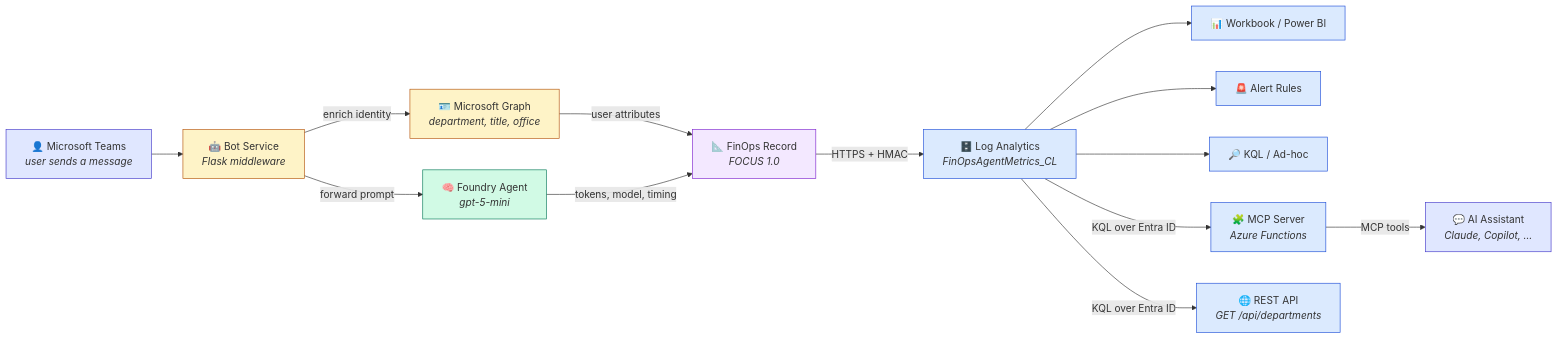
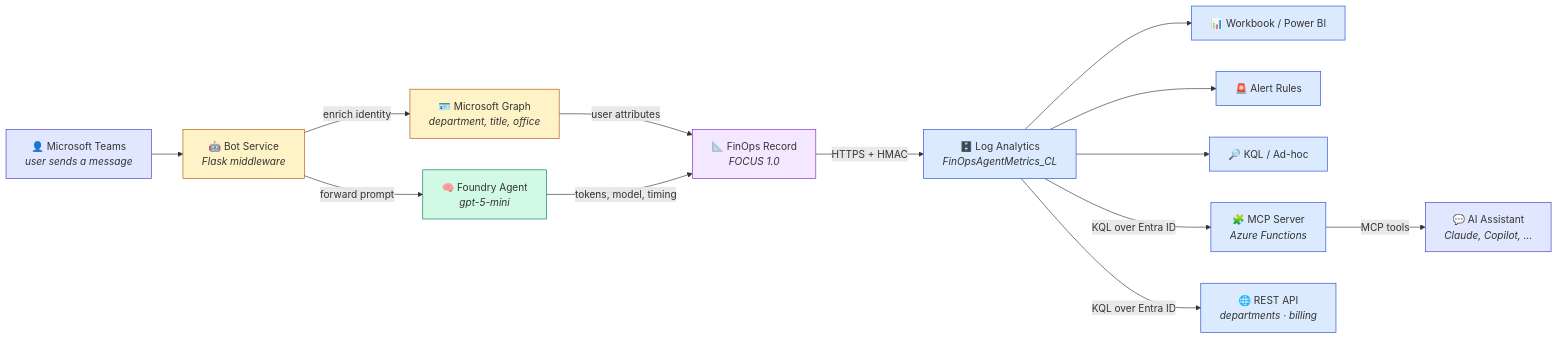
The diagram in README.md (christopher-wilke-ms/finops-for-agents), drawn with Mermaid before and after one commit. The commit also changed other lines of this file and 2 other files, not shown here.

````diff
--- a/README.md
+++ b/README.md
@@ -79,41 +79,41 @@
 ```mermaid
 graph LR
     A["👤 Microsoft Teams<br/><i>user sends a message</i>"]
     B["🤖 Bot Service<br/><i>Flask middleware</i>"]
     C["🪪 Microsoft Graph<br/><i>department, title, office</i>"]
     D["🧠 Foundry Agent<br/><i>gpt-5-mini</i>"]
     E["📐 FinOps Record<br/><i>FOCUS 1.0</i>"]
     F["🗄️ Log Analytics<br/><i>FinOpsAgentMetrics_CL</i>"]
     G["📊 Workbook / Power BI"]
     H["🚨 Alert Rules"]
     I["🔎 KQL / Ad-hoc"]
     J["🧩 MCP Server<br/><i>Azure Functions</i>"]
     K["💬 AI Assistant<br/><i>Claude, Copilot, …</i>"]
-    L["🌐 REST API<br/><i>GET /api/departments</i>"]
+    L["🌐 REST API<br/><i>departments · billing</i>"]
 
     A --> B
     B -->|enrich identity| C
     B -->|forward prompt| D
     C -->|user attributes| E
     D -->|tokens, model, timing| E
     E -->|HTTPS + HMAC| F
     F --> G
     F --> H
     F --> I
     F -->|KQL over Entra ID| J
     F -->|KQL over Entra ID| L
     J -->|MCP tools| K
 
     style A fill:#e0e7ff,stroke:#4338ca
     style B fill:#fef3c7,stroke:#b45309
     style C fill:#fef3c7,stroke:#b45309
     style D fill:#d1fae5,stroke:#047857
     style E fill:#f3e8ff,stroke:#7e22ce
     style F fill:#dbeafe,stroke:#1d4ed8
     style G fill:#dbeafe,stroke:#1d4ed8
     style H fill:#dbeafe,stroke:#1d4ed8
     style I fill:#dbeafe,stroke:#1d4ed8
     style J fill:#dbeafe,stroke:#1d4ed8
     style K fill:#e0e7ff,stroke:#4338ca
     style L fill:#dbeafe,stroke:#1d4ed8
 ```
````
